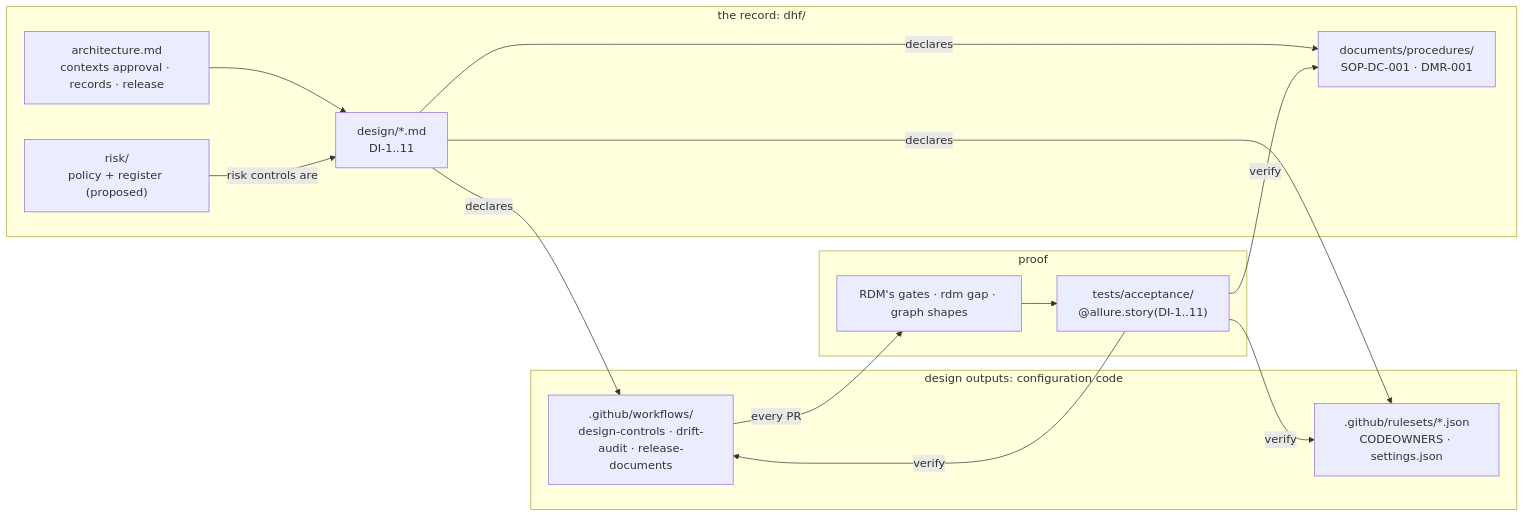
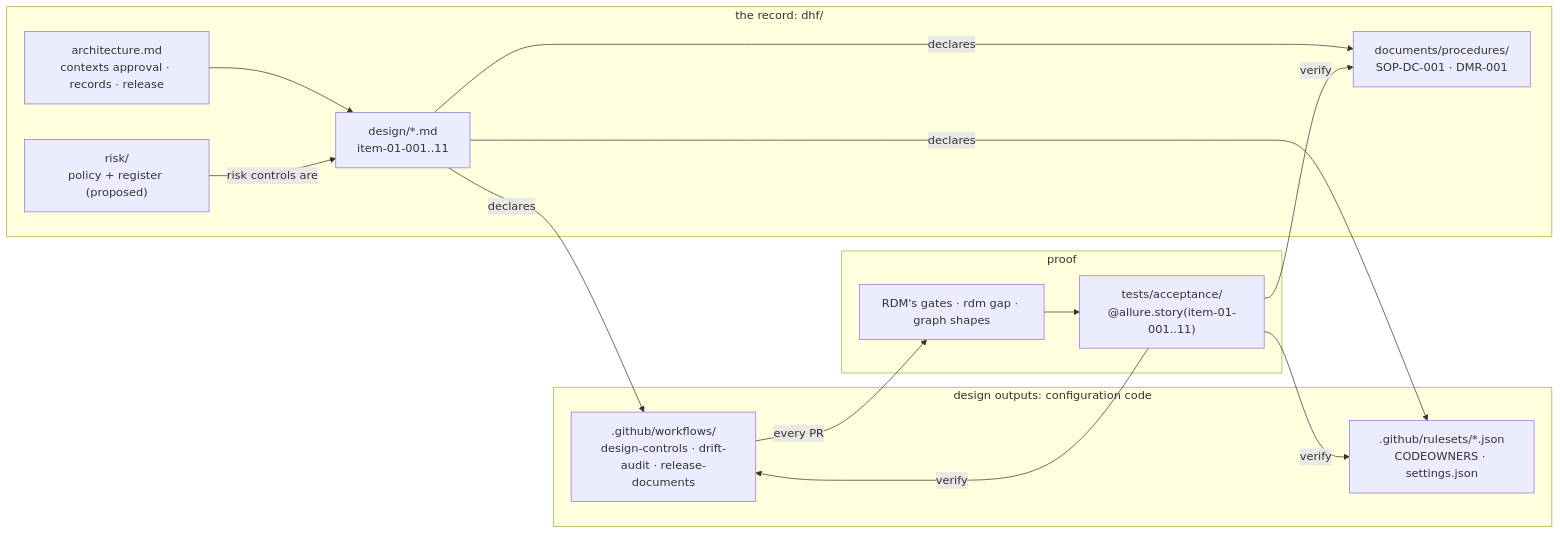
One commit to scope-impact/rdm changed the diagram in examples/github-document-control/README.md. Above: the diagram before and after it, drawn with Mermaid. The commit also changed other lines of this file and 138 other files, not shown here.

````diff
--- a/examples/github-document-control/README.md
+++ b/examples/github-document-control/README.md
@@ -14,23 +14,23 @@
 ```mermaid
 flowchart LR
     subgraph record["the record: dhf/"]
         ARCH["architecture.md<br>contexts approval · records · release"]
-        DI["design/*.md<br>DI-1..11"]
+        DI["design/*.md<br>item-01-001..11"]
         RISK["risk/<br>policy + register (proposed)"]
         SOP["documents/procedures/<br>SOP-DC-001 · DMR-001"]
     end
     subgraph outputs["design outputs: configuration code"]
         RULES[".github/rulesets/*.json<br>CODEOWNERS · settings.json"]
         CI[".github/workflows/<br>design-controls · drift-audit · release-documents"]
     end
     subgraph proof["proof"]
-        TESTS["tests/acceptance/<br>@allure.story(DI-1..11)"]
+        TESTS["tests/acceptance/<br>@allure.story(item-01-001..11)"]
         GATES["RDM's gates · rdm gap · graph shapes"]
     end
     ARCH --> DI
     RISK -->|risk controls are| DI
     DI -->|declares| RULES & CI & SOP
     TESTS -->|verify| RULES & CI & SOP
     CI -->|every PR| GATES
     GATES --> TESTS
 ```
````
